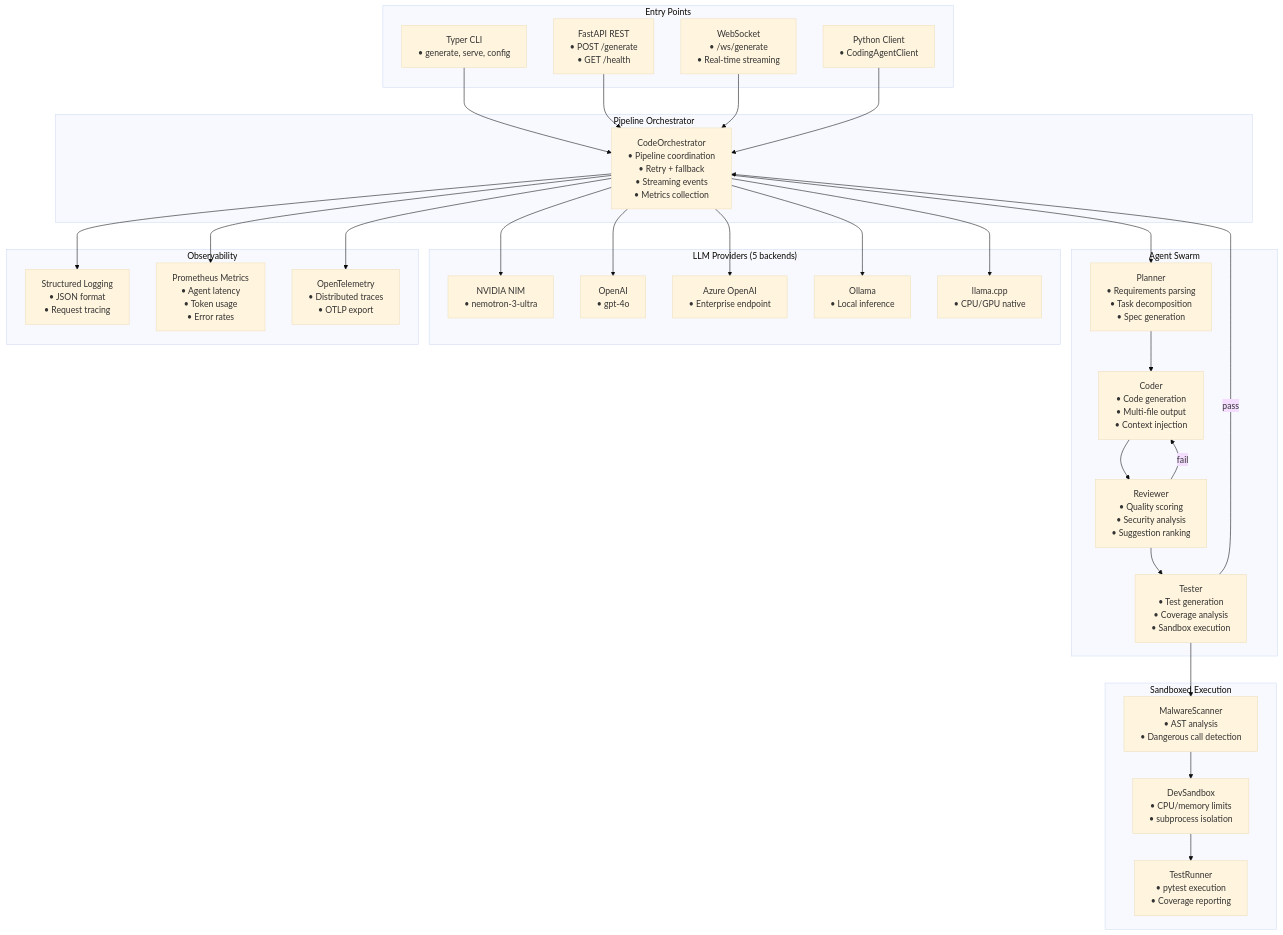
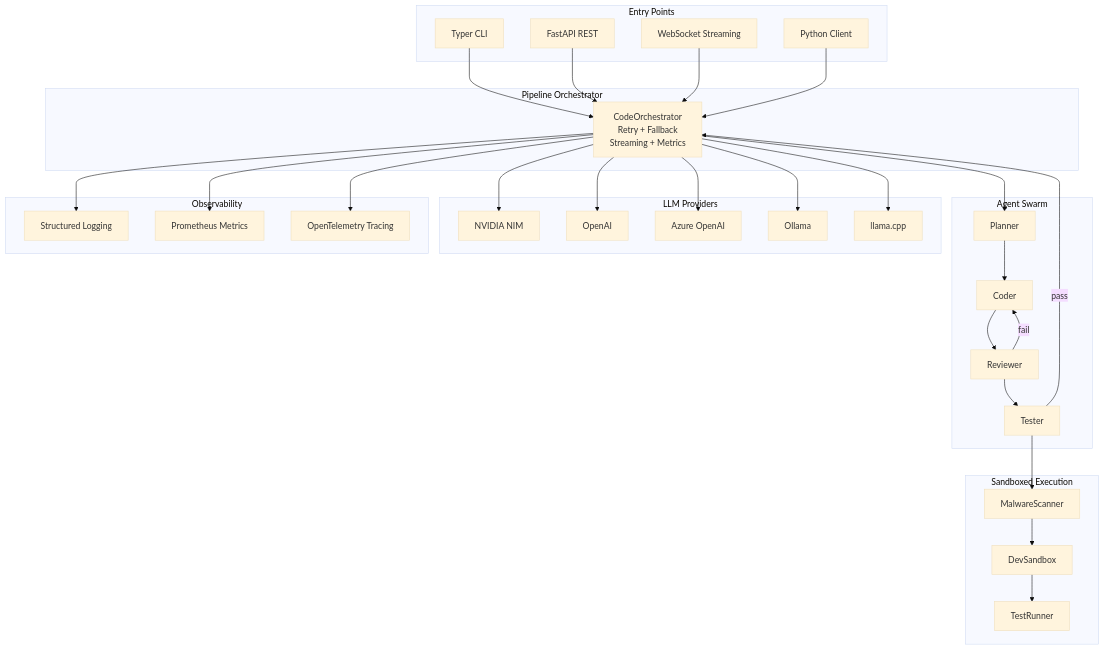
The diagram in docs/index.md (DavidEscotoDev/Framework), drawn with Mermaid (base theme) before and after one commit. The commit also changed 1 other file, not shown here.

Commit message:
fix: load Mermaid.js and use div.mermaid for diagram rendering

````diff
--- a/docs/index.md
+++ b/docs/index.md
@@ -61,66 +61,55 @@
-```mermaid
+<div class="mermaid">
 graph TB
     subgraph ENTRY["Entry Points"]
-        CLI["Typer CLI<br/>• generate, serve, config"]
-        REST["FastAPI REST<br/>• POST /generate<br/>• GET /health"]
-        WS["WebSocket<br/>• /ws/generate<br/>• Real-time streaming"]
-        PY["Python Client<br/>• CodingAgentClient"]
+        CLI["Typer CLI"]
+        REST["FastAPI REST"]
+        WS["WebSocket Streaming"]
+        PY["Python Client"]
     end
 
     subgraph ORCH["Pipeline Orchestrator"]
-        CO["CodeOrchestrator<br/>• Pipeline coordination<br/>• Retry + fallback<br/>• Streaming events<br/>• Metrics collection"]
+        CO["CodeOrchestrator<br/>Retry + Fallback<br/>Streaming + Metrics"]
     end
 
     subgraph AGENTS["Agent Swarm"]
-        PL["Planner<br/>• Requirements parsing<br/>• Task decomposition<br/>• Spec generation"]
-        CR["Coder<br/>• Code generation<br/>• Multi-file output<br/>• Context injection"]
-        RV["Reviewer<br/>• Quality scoring<br/>• Security analysis<br/>• Suggestion ranking"]
-        TE["Tester<br/>• Test generation<br/>• Coverage analysis<br/>• Sandbox execution"]
+        PL["Planner"]
+        CR["Coder"]
+        RV["Reviewer"]
+        TE["Tester"]
     end
 
-    subgraph LLM["LLM Providers (5 backends)"]
-        NIM["NVIDIA NIM<br/>• nemotron-3-ultra"]
-        OAI["OpenAI<br/>• gpt-4o"]
-        AZR["Azure OpenAI<br/>• Enterprise endpoint"]
-        OLL["Ollama<br/>• Local inference"]
-        LC["llama.cpp<br/>• CPU/GPU native"]
+    subgraph LLM["LLM Providers"]
+        NIM["NVIDIA NIM"]
+        OAI["OpenAI"]
+        AZR["Azure OpenAI"]
+        OLL["Ollama"]
+        LC["llama.cpp"]
     end
 
     subgraph SANDBOX["Sandboxed Execution"]
-        MS["MalwareScanner<br/>• AST analysis<br/>• Dangerous call detection"]
-        DS["DevSandbox<br/>• CPU/memory limits<br/>• subprocess isolation"]
-        TR["TestRunner<br/>• pytest execution<br/>• Coverage reporting"]
+        MS["MalwareScanner"]
+        DS["DevSandbox"]
+        TR["TestRunner"]
     end
 
     subgraph OBSERVE["Observability"]
-        LOG["Structured Logging<br/>• JSON format<br/>• Request tracing"]
-        PROM["Prometheus Metrics<br/>• Agent latency<br/>• Token usage<br/>• Error rates"]
-        OTLP["OpenTelemetry<br/>• Distributed traces<br/>• OTLP export"]
+        LOG["Structured Logging"]
+        PROM["Prometheus Metrics"]
+        OTLP["OpenTelemetry Tracing"]
     end
 
     CLI --> CO
     REST --> CO
     WS --> CO
     PY --> CO
 
-    CO --> PL
-    PL --> CR
-    CR --> RV
-    RV --> TE
+    CO --> PL --> CR --> RV --> TE
     TE -->|pass| CO
     RV -->|fail| CR
 
-    CO --> NIM
-    CO --> OAI
-    CO --> AZR
-    CO --> OLL
-    CO --> LC
+    CO --> NIM & OAI & AZR & OLL & LC
 
-    TE --> MS
-    MS --> DS
-    DS --> TR
+    TE --> MS --> DS --> TR
 
-    CO --> LOG
-    CO --> PROM
-    CO --> OTLP
-```
+    CO --> LOG & PROM & OTLP
+</div>
````
